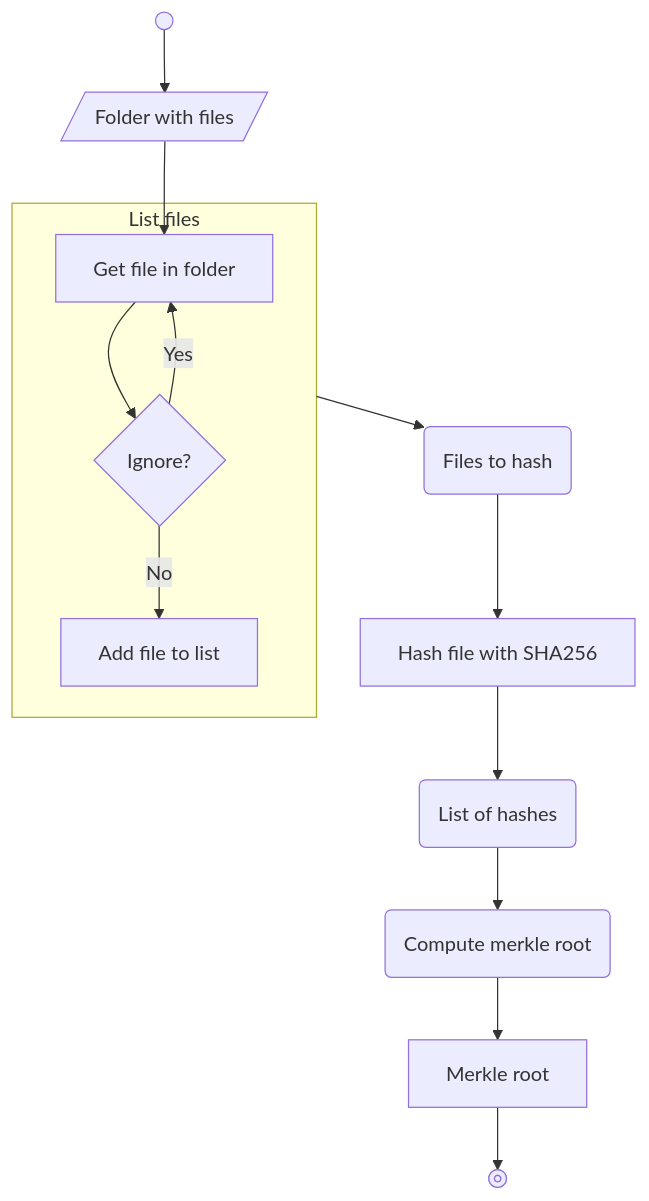
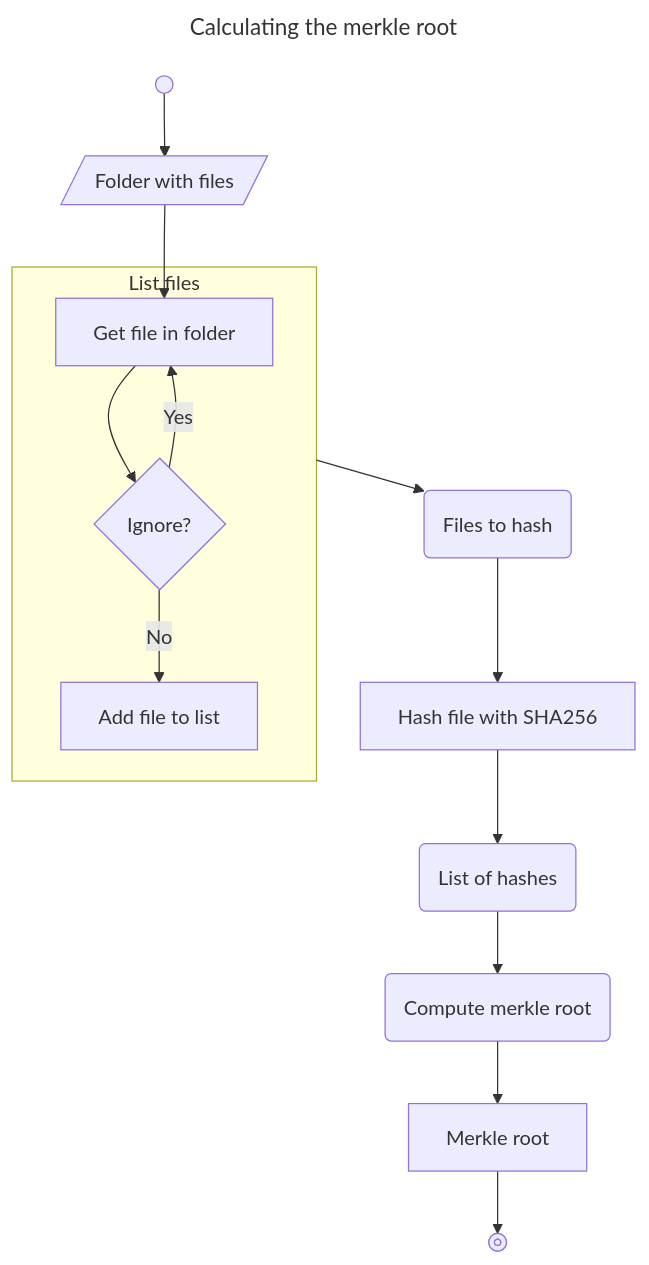
The third of 7 diagrams in docs/specs/#1.md (iBrotNano/blockchain_workshop_project), drawn with Mermaid before and after one commit. The commit also changed other lines of this file and 4 other files, not shown here.

````diff
--- a/docs/specs/#1.md
+++ b/docs/specs/#1.md
@@ -102,16 +105,19 @@
 ```mermaid
+---
+title: "Calculating the merkle root"
+---
 flowchart TD
     Start@{ shape: sm-circ, label: "Small start" } --> Folder[/"Folder with files"/]
     Folder --> GetFile["Get file in folder"]
     subgraph listFiles["List files"]
     GetFile --> IsIgnored{Ignore?}
     IsIgnored -- Yes --> GetFile
     IsIgnored -- No --> AddFileToList["Add file to list"]
     end
     listFiles --> FilesToHash("Files to hash")
     FilesToHash --> HashFile["Hash file with SHA256"]
     HashFile --> Hashes("List of hashes")
     Hashes --> ComputeMerkleRoot("Compute merkle root")
     ComputeMerkleRoot --> MerkleRoot["Merkle root"]
     MerkleRoot --> End@{ shape: framed-circle, label: "Stop" }
 ```
````
